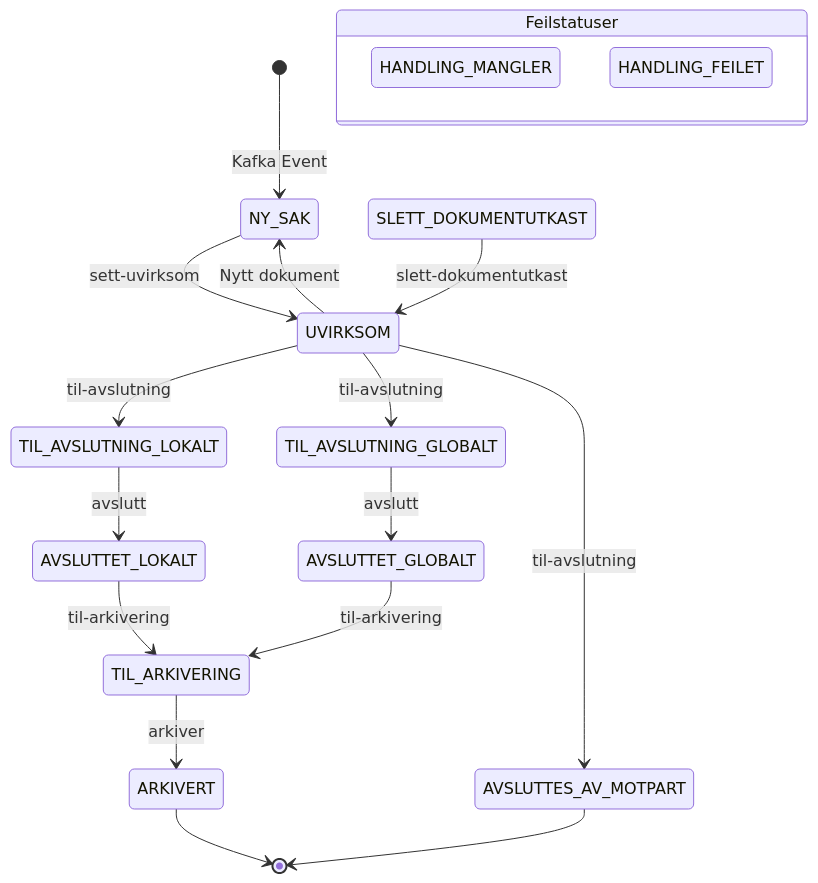
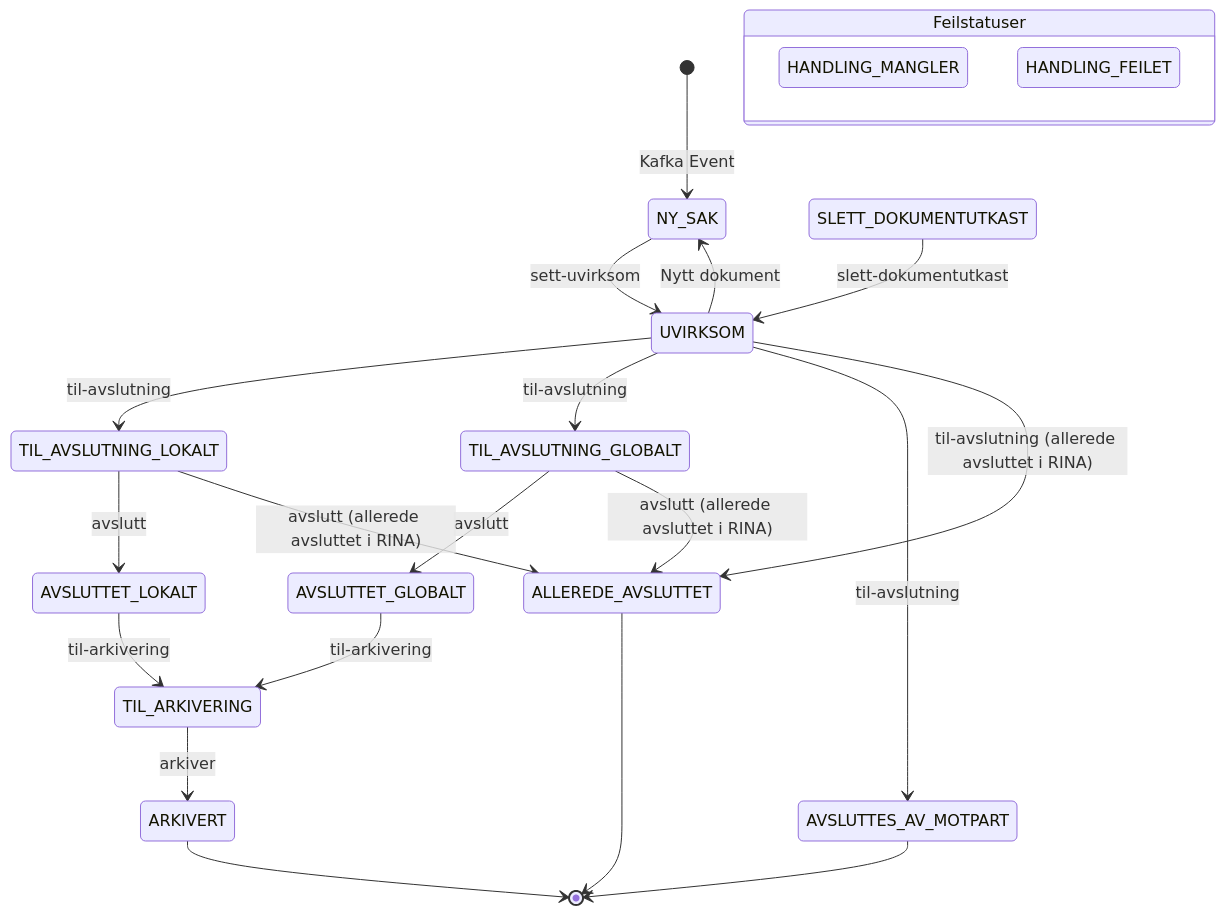
The third of 4 diagrams in readme.md (navikt/eux-avslutt-rinasaker), drawn with Mermaid before and after one commit. The commit also changed other lines of this file and 9 other files, not shown here.

First line of the commit message:
Håndter saker som allerede er avsluttet i RINA

````diff
--- a/readme.md
+++ b/readme.md
@@ -67,29 +70,33 @@
 ```mermaid
 stateDiagram-v2
     [*] --> NY_SAK : Kafka Event
 
     NY_SAK --> UVIRKSOM : sett-uvirksom
     UVIRKSOM --> NY_SAK : Nytt dokument
 
     UVIRKSOM --> TIL_AVSLUTNING_LOKALT : til-avslutning
     UVIRKSOM --> TIL_AVSLUTNING_GLOBALT : til-avslutning
     UVIRKSOM --> AVSLUTTES_AV_MOTPART : til-avslutning
+    UVIRKSOM --> ALLEREDE_AVSLUTTET : til-avslutning (allerede avsluttet i RINA)
 
     TIL_AVSLUTNING_LOKALT --> AVSLUTTET_LOKALT : avslutt
     TIL_AVSLUTNING_GLOBALT --> AVSLUTTET_GLOBALT : avslutt
+    TIL_AVSLUTNING_LOKALT --> ALLEREDE_AVSLUTTET : avslutt (allerede avsluttet i RINA)
+    TIL_AVSLUTNING_GLOBALT --> ALLEREDE_AVSLUTTET : avslutt (allerede avsluttet i RINA)
 
     AVSLUTTET_LOKALT --> TIL_ARKIVERING : til-arkivering
     AVSLUTTET_GLOBALT --> TIL_ARKIVERING : til-arkivering
 
     TIL_ARKIVERING --> ARKIVERT : arkiver
 
     SLETT_DOKUMENTUTKAST --> UVIRKSOM : slett-dokumentutkast
 
     state Feilstatuser {
         HANDLING_MANGLER
         HANDLING_FEILET
     }
 
     ARKIVERT --> [*]
     AVSLUTTES_AV_MOTPART --> [*]
+    ALLEREDE_AVSLUTTET --> [*]
 ```
````
